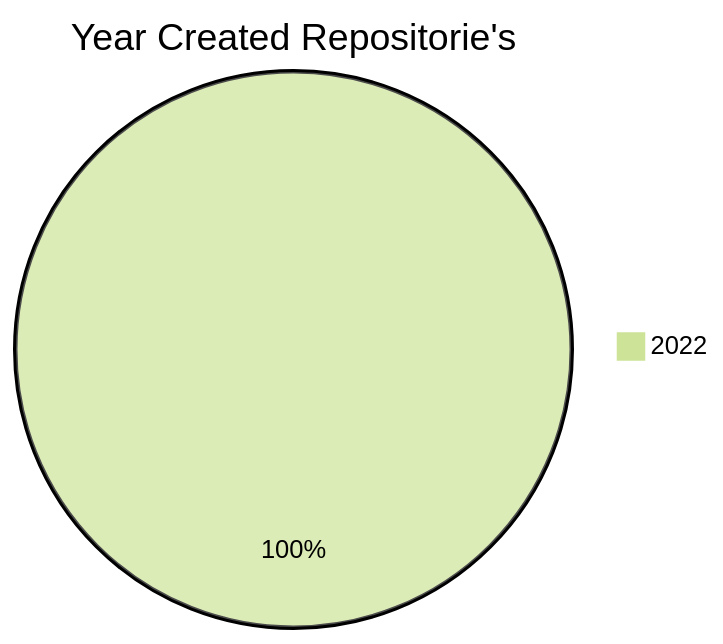
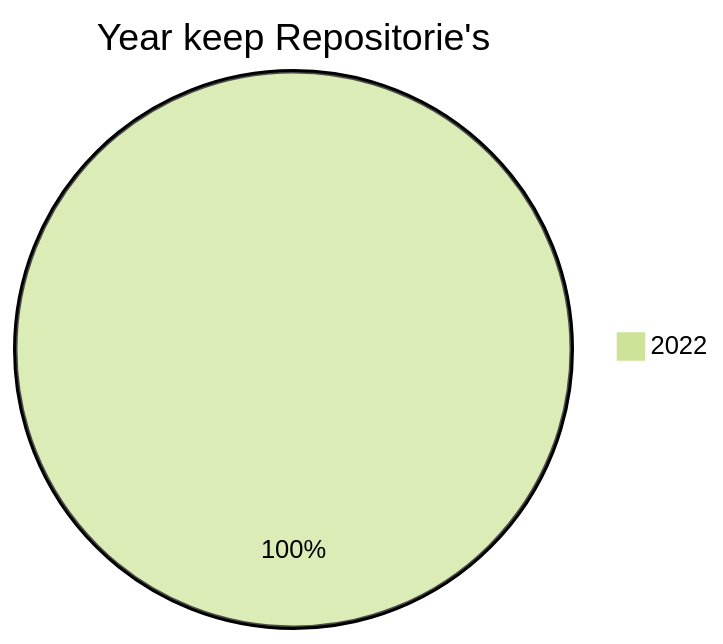
Before and after one commit to BackdevHong/YOC: the second of 2 diagrams in README.md, drawn with Mermaid (forest theme).

````diff
--- a/README.md
+++ b/README.md
@@ -11,4 +11,4 @@
 ```mermaid
-pie title Year Created Repositorie's
+pie title Year keep Repositorie's
     "2022" : 13
 ```
````
